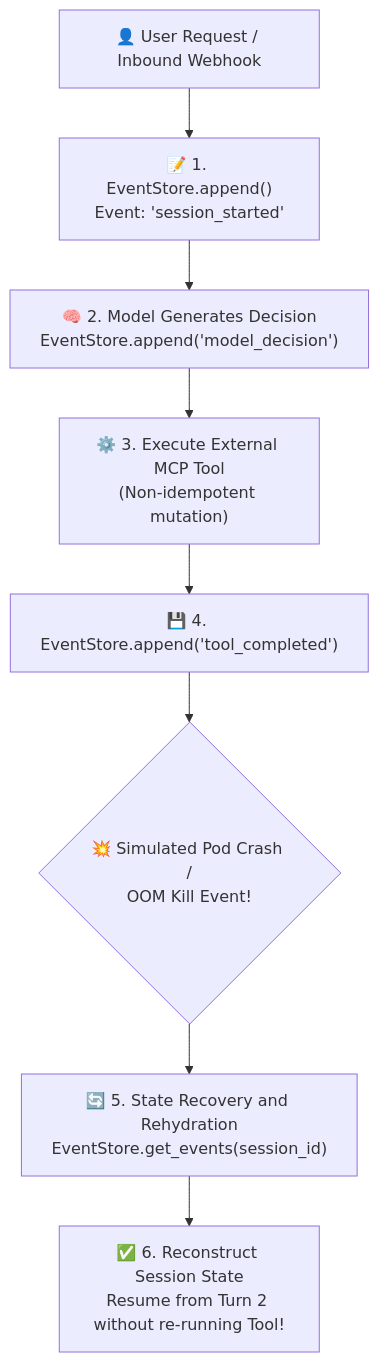
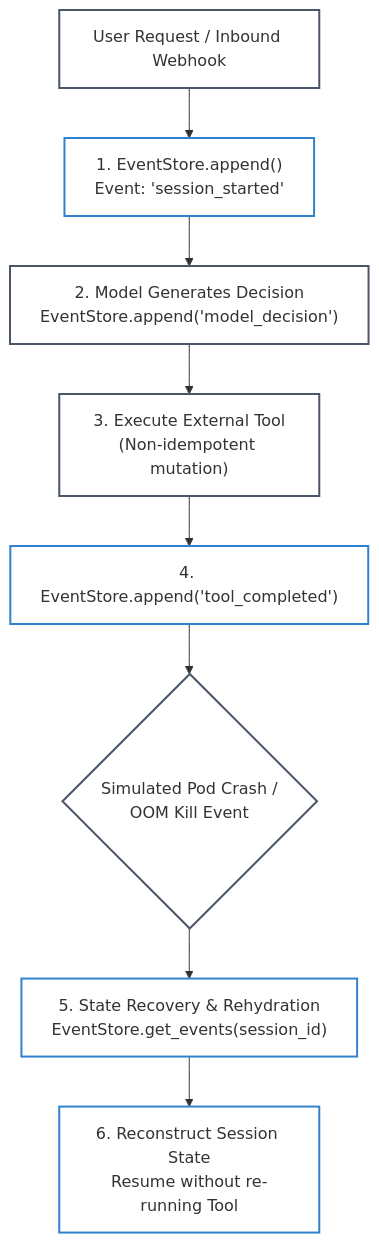
One commit to dip4k/senior-engineer-to-ai-engineer-roadmap changed the diagram in labs/lab-03-stateful-agent-orchestration.md. Above: the diagram before and after it, drawn with Mermaid. The commit also changed other lines of this file and 49 other files, not shown here.

First line of the commit message:
feat(curriculum): complete 2026 refactoring across roadmaps, use-cases, labs, and agent-forge

````diff
--- a/labs/lab-03-stateful-agent-orchestration.md
+++ b/labs/lab-03-stateful-agent-orchestration.md
@@ -22,13 +22,13 @@
 ```mermaid
 flowchart TD
-    UserTrigger["👤 User Request / Inbound Webhook"] --> SessionInit["📝 1. EventStore.append()<br>Event: 'session_started'"]
-    
-    SessionInit --> ModelStep["🧠 2. Model Generates Decision<br>EventStore.append('model_decision')"]
-    ModelStep --> ToolExec["⚙️ 3. Execute External MCP Tool<br>(Non-idempotent mutation)"]
-    ToolExec --> ToolDone["💾 4. EventStore.append('tool_completed')"]
-    
-    ToolDone --> Crash{"💥 Simulated Pod Crash /<br>OOM Kill Event!"}
-    
-    Crash --> Rehydrate["🔄 5. State Recovery and Rehydration<br>EventStore.get_events(session_id)"]
-    Rehydrate --> Resume["✅ 6. Reconstruct Session State<br>Resume from Turn 2 without re-running Tool!"]
+    classDef default fill:none,stroke:#4a5568,stroke-width:2px;
+    classDef highlight fill:none,stroke:#3182ce,stroke-width:2px;
+
+    UserTrigger["User Request / Inbound Webhook"]:::default --> SessionInit["1. EventStore.append()<br>Event: 'session_started'"]:::highlight
+    SessionInit --> ModelStep["2. Model Generates Decision<br>EventStore.append('model_decision')"]:::default
+    ModelStep --> ToolExec["3. Execute External Tool<br>(Non-idempotent mutation)"]:::default
+    ToolExec --> ToolDone["4. EventStore.append('tool_completed')"]:::highlight
+    ToolDone --> Crash{"Simulated Pod Crash /<br>OOM Kill Event"}:::default
+    Crash --> Rehydrate["5. State Recovery & Rehydration<br>EventStore.get_events(session_id)"]:::highlight
+    Rehydrate --> Resume["6. Reconstruct Session State<br>Resume without re-running Tool"]:::highlight
 ```
````
